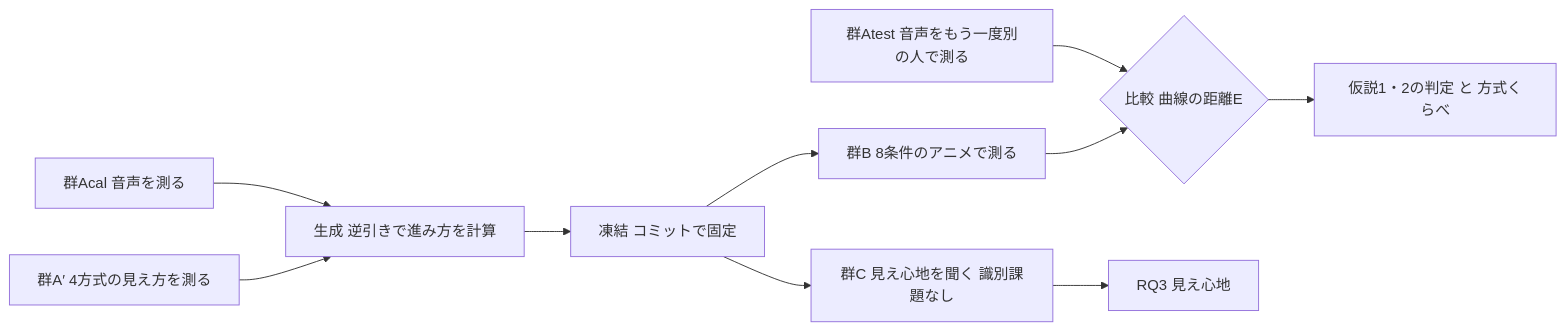
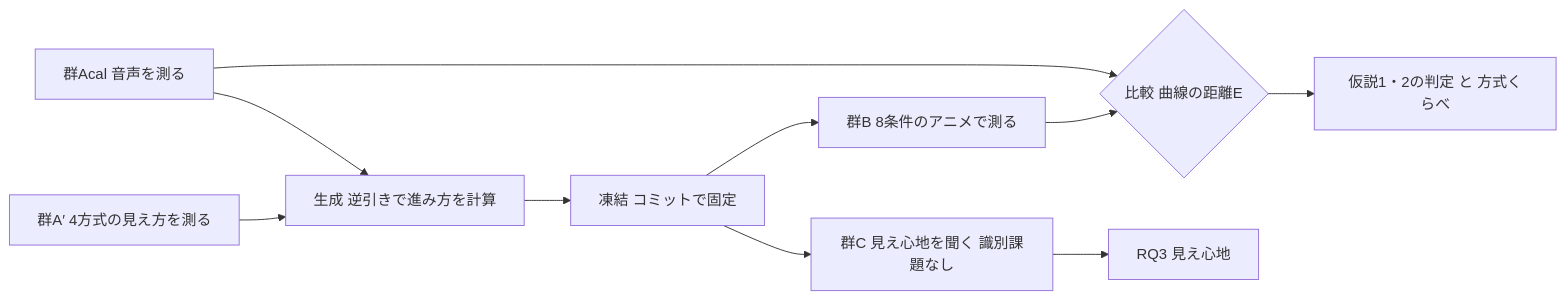
Before and after one commit to g19922ma/iFont: the second of 4 diagrams in project/実験計画書_転写検証.md, drawn with Mermaid. The commit also changed other lines of this file and 24 other files, not shown here.

````diff
--- a/project/実験計画書_転写検証.md
+++ b/project/実験計画書_転写検証.md
@@ -219,12 +288,12 @@
 ```mermaid
 flowchart LR
   Acal[群Acal 音声を測る] --> G[生成 逆引きで進み方を計算]
   Ap[群A′ 4方式の見え方を測る] --> G
   G --> F[凍結 コミットで固定]
   F --> B[群B 8条件のアニメで測る]
   F --> Cg[群C 見え心地を聞く 識別課題なし]
-  Atest[群Atest 音声をもう一度別の人で測る] --> C{比較 曲線の距離E}
+  Acal --> C{比較 曲線の距離E}
   B --> C
   C --> R[仮説1・2の判定 と 方式くらべ]
   Cg --> R2[RQ3 見え心地]
 ```
````
